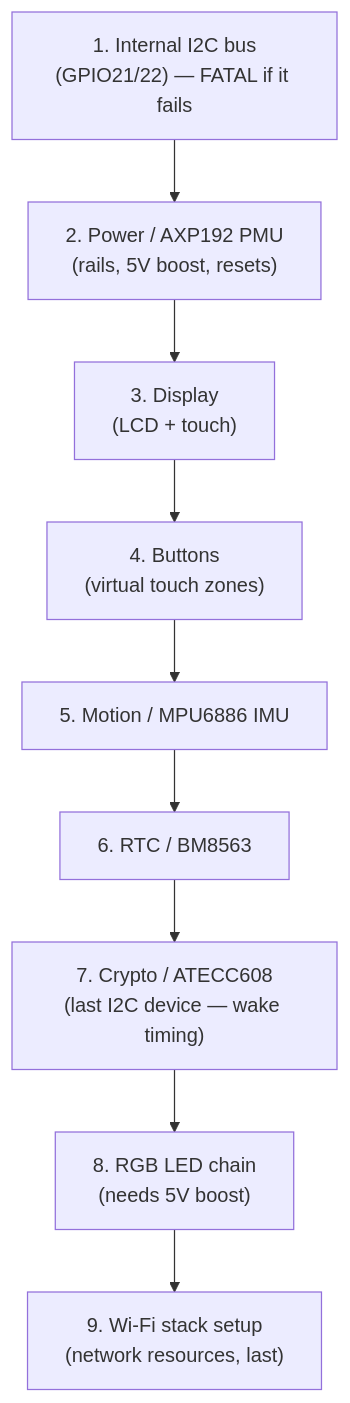
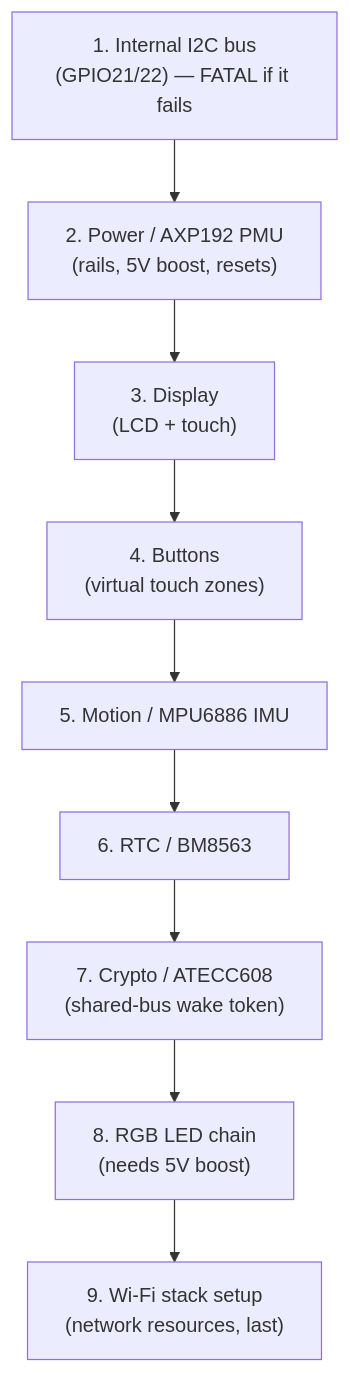
Before and after one commit to rashedtalukder/Core2-for-AWS-IoT-EduKit: the second of 3 diagrams in .claude/design.md, drawn with Mermaid. The commit also changed other lines of this file and 2 other files, not shown here.

Commit message:
docs: align ATECC and ESP-IDF 6 documentation

````diff
--- a/.claude/design.md
+++ b/.claude/design.md
@@ -116,12 +116,12 @@
 ```mermaid
 graph TD
     S1["1. Internal I2C bus<br/>(GPIO21/22) — FATAL if it fails"] --> S2
     S2["2. Power / AXP192 PMU<br/>(rails, 5V boost, resets)"] --> S3
     S3["3. Display<br/>(LCD + touch)"] --> S4
     S4["4. Buttons<br/>(virtual touch zones)"] --> S5
     S5["5. Motion / MPU6886 IMU"] --> S6
     S6["6. RTC / BM8563"] --> S7
-    S7["7. Crypto / ATECC608<br/>(last I2C device — wake timing)"] --> S8
+    S7["7. Crypto / ATECC608<br/>(shared-bus wake token)"] --> S8
     S8["8. RGB LED chain<br/>(needs 5V boost)"] --> S9
     S9["9. Wi-Fi stack setup<br/>(network resources, last)"]
 ```
````
